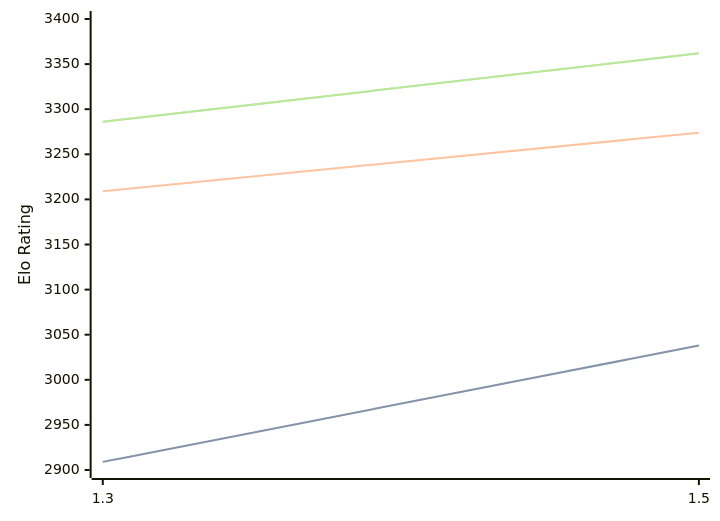
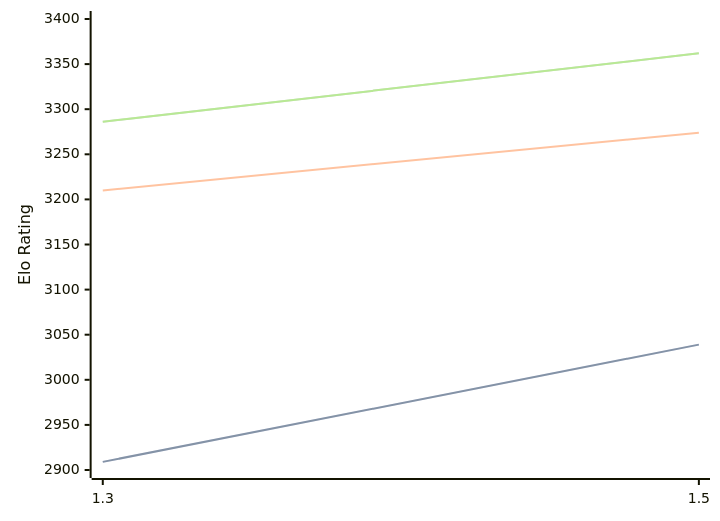
Before and after one commit to computer-chess-index/cci: the diagram in engines/Lambergar.md, drawn with Mermaid. The commit also changed other lines of this file, not shown here.

````diff
--- a/engines/Lambergar.md
+++ b/engines/Lambergar.md
@@ -32,11 +32,11 @@
 ```mermaid
 %%{init: {"theme":"base","themeVariables":{"seriesColors:['#a3a3a3','#222221','#faa371']}}}%%
 xychart-beta
   x-axis ["1.3", "1.5"]
   y-axis "Elo Rating" 2900 --> 3400
-  line "STC (8.0+0.08s)" [2909, 3038]
-  line "STC (8.0+0.08s)" [2909, 3038]
-  line "LTC (60.0+0.60s)" [3209, 3274]
+  line "STC (8.0+0.08s)" [2909, 3039]
+  line "STC (8.0+0.08s)" [2909, 3039]
+  line "LTC (60.0+0.60s)" [3210, 3274]
   line "VLTC (2m24s+1.12s)" [3286, 3362]
   line "VLTC (2m24s+1.12s)" [3286, 3362]
 ```
````
